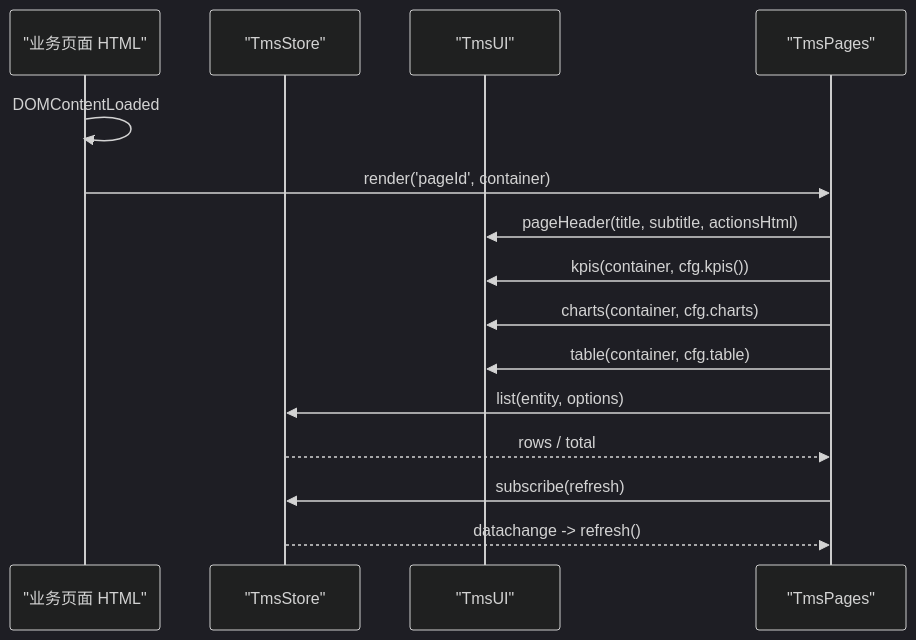
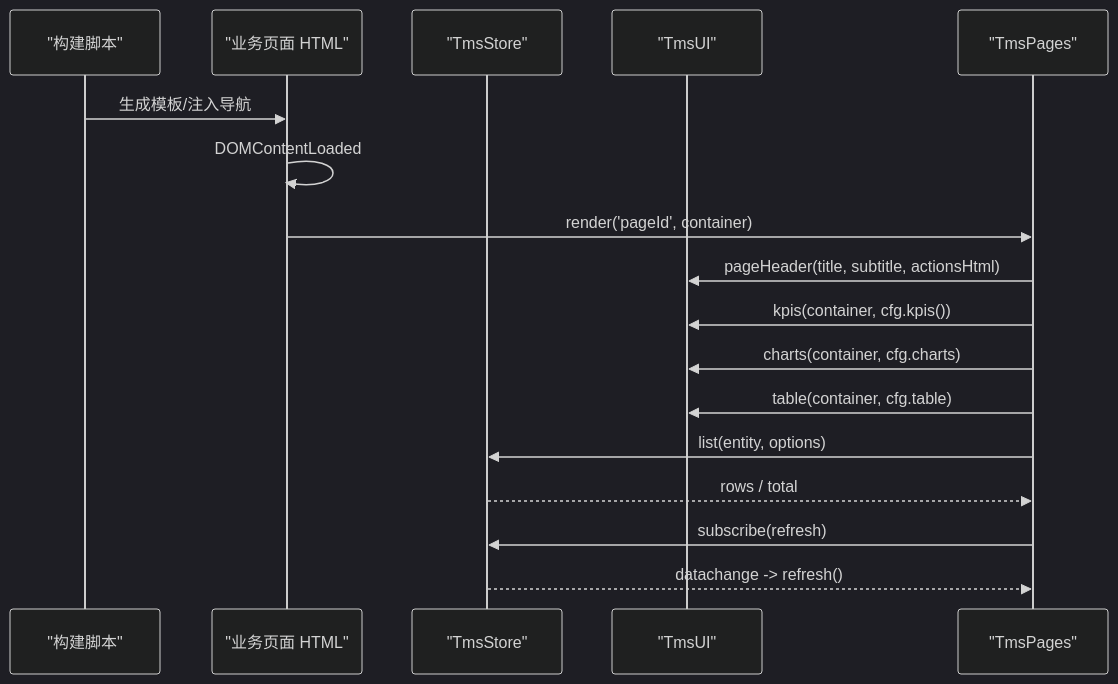
Before and after one commit to PengLine/blog-tms: the second of 8 diagrams in .qoder/repowiki/zh/content/开发指南/新功能开发/页面开发流程/页面开发流程.md, drawn with Mermaid (dark theme). The commit also changed other lines of this file and 119 other files, not shown here.

````diff
--- a/.qoder/repowiki/zh/content/开发指南/新功能开发/页面开发流程/页面开发流程.md
+++ b/.qoder/repowiki/zh/content/开发指南/新功能开发/页面开发流程/页面开发流程.md
@@ -95,17 +123,19 @@
 ```mermaid
 sequenceDiagram
+participant Build as "构建脚本"
 participant Page as "业务页面 HTML"
 participant Store as "TmsStore"
 participant UI as "TmsUI"
 participant Pages as "TmsPages"
+Build->>Page : 生成模板/注入导航
 Page->>Page : DOMContentLoaded
 Page->>Pages : render('pageId', container)
 Pages->>UI : pageHeader(title, subtitle, actionsHtml)
 Pages->>UI : kpis(container, cfg.kpis())
 Pages->>UI : charts(container, cfg.charts)
 Pages->>UI : table(container, cfg.table)
 Pages->>Store : list(entity, options)
 Store-->>Pages : rows / total
 Pages->>Store : subscribe(refresh)
 Store-->>Pages : datachange -> refresh()
 ```
````
